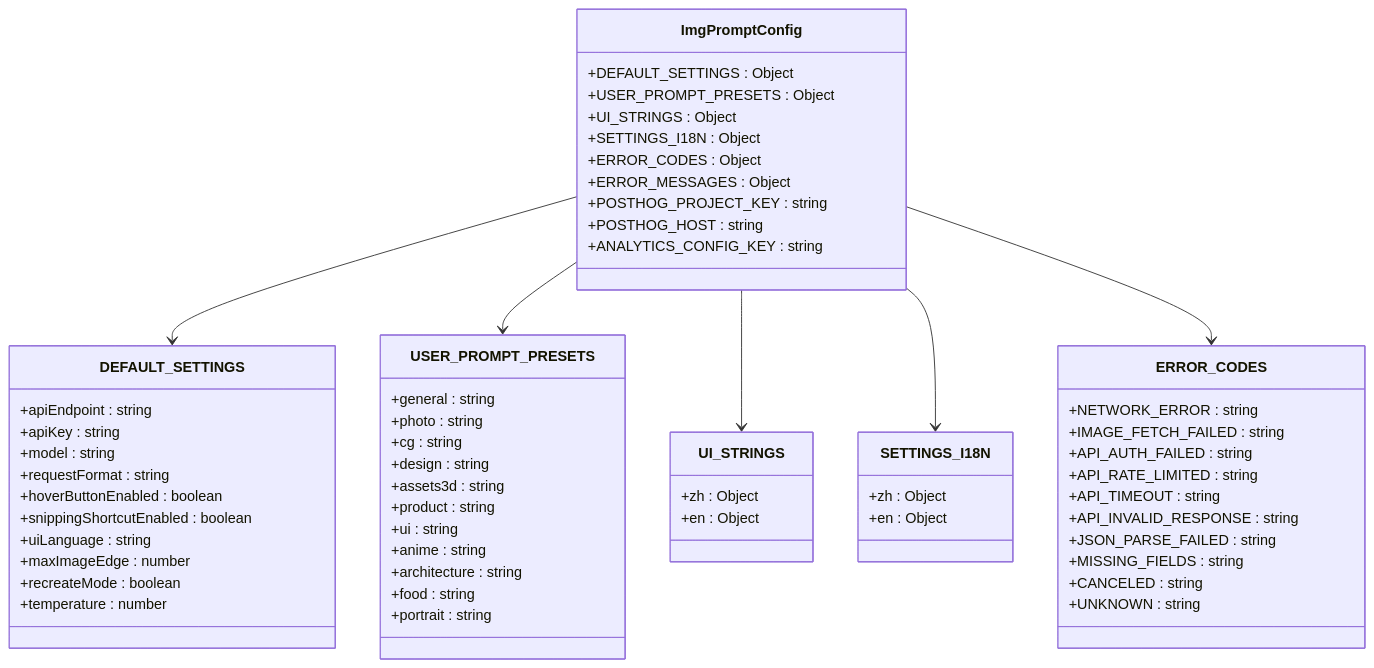
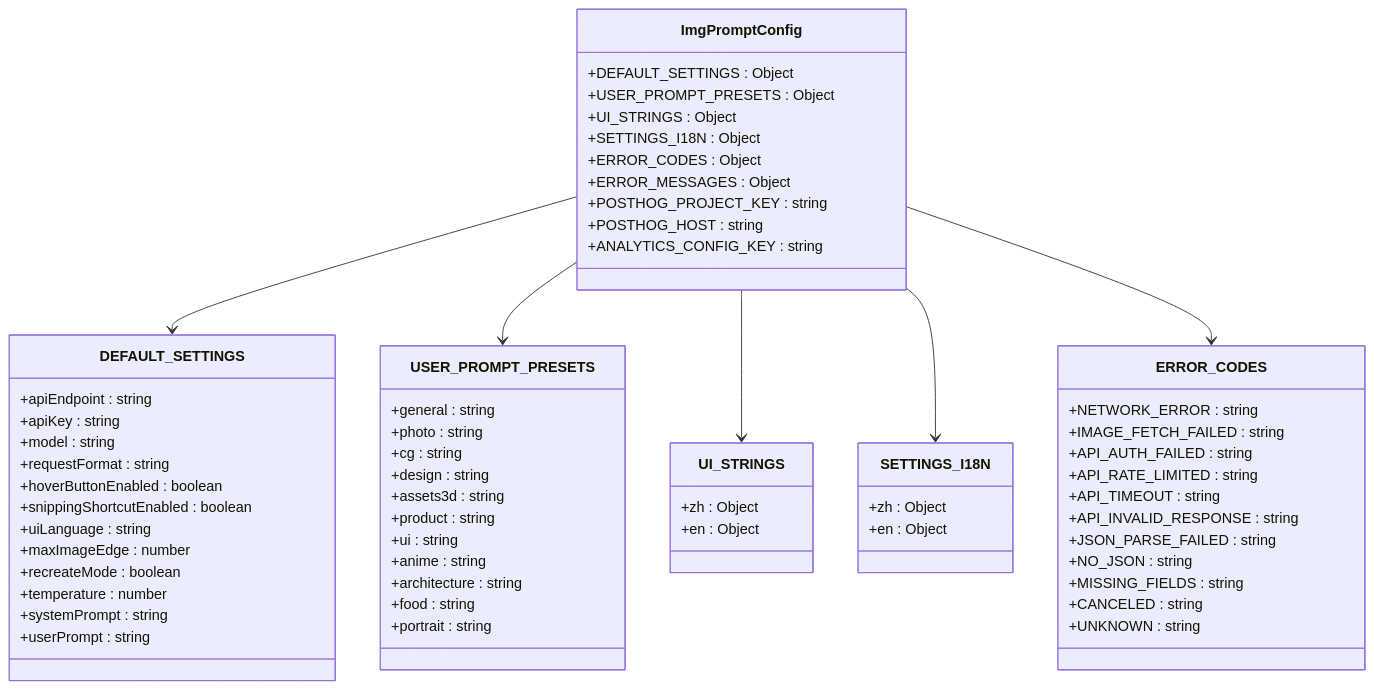
Before and after one commit to binasi/Img2Prompt: the fifth of 11 diagrams in .qoder/repowiki/zh/content/技术架构/核心模块分析/配置管理模块 (config.js).md, drawn with Mermaid. The commit also changed other lines of this file and 8 other files, not shown here.

````diff
--- a/.qoder/repowiki/zh/content/技术架构/核心模块分析/配置管理模块 (config.js).md
+++ b/.qoder/repowiki/zh/content/技术架构/核心模块分析/配置管理模块 (config.js).md
@@ -277,64 +312,67 @@
 ```mermaid
 classDiagram
 class ImgPromptConfig {
 +DEFAULT_SETTINGS : Object
 +USER_PROMPT_PRESETS : Object
 +UI_STRINGS : Object
 +SETTINGS_I18N : Object
 +ERROR_CODES : Object
 +ERROR_MESSAGES : Object
 +POSTHOG_PROJECT_KEY : string
 +POSTHOG_HOST : string
 +ANALYTICS_CONFIG_KEY : string
 }
 class DEFAULT_SETTINGS {
 +apiEndpoint : string
 +apiKey : string
 +model : string
 +requestFormat : string
 +hoverButtonEnabled : boolean
 +snippingShortcutEnabled : boolean
 +uiLanguage : string
 +maxImageEdge : number
 +recreateMode : boolean
 +temperature : number
++systemPrompt : string
++userPrompt : string
 }
 class USER_PROMPT_PRESETS {
 +general : string
 +photo : string
 +cg : string
 +design : string
 +assets3d : string
 +product : string
 +ui : string
 +anime : string
 +architecture : string
 +food : string
 +portrait : string
 }
 class UI_STRINGS {
 +zh : Object
 +en : Object
 }
 class SETTINGS_I18N {
 +zh : Object
 +en : Object
 }
 class ERROR_CODES {
 +NETWORK_ERROR : string
 +IMAGE_FETCH_FAILED : string
 +API_AUTH_FAILED : string
 +API_RATE_LIMITED : string
 +API_TIMEOUT : string
 +API_INVALID_RESPONSE : string
 +JSON_PARSE_FAILED : string
++NO_JSON : string
 +MISSING_FIELDS : string
 +CANCELED : string
 +UNKNOWN : string
 }
 ImgPromptConfig --> DEFAULT_SETTINGS
 ImgPromptConfig --> USER_PROMPT_PRESETS
 ImgPromptConfig --> UI_STRINGS
 ImgPromptConfig --> SETTINGS_I18N
 ImgPromptConfig --> ERROR_CODES
 ```
````
